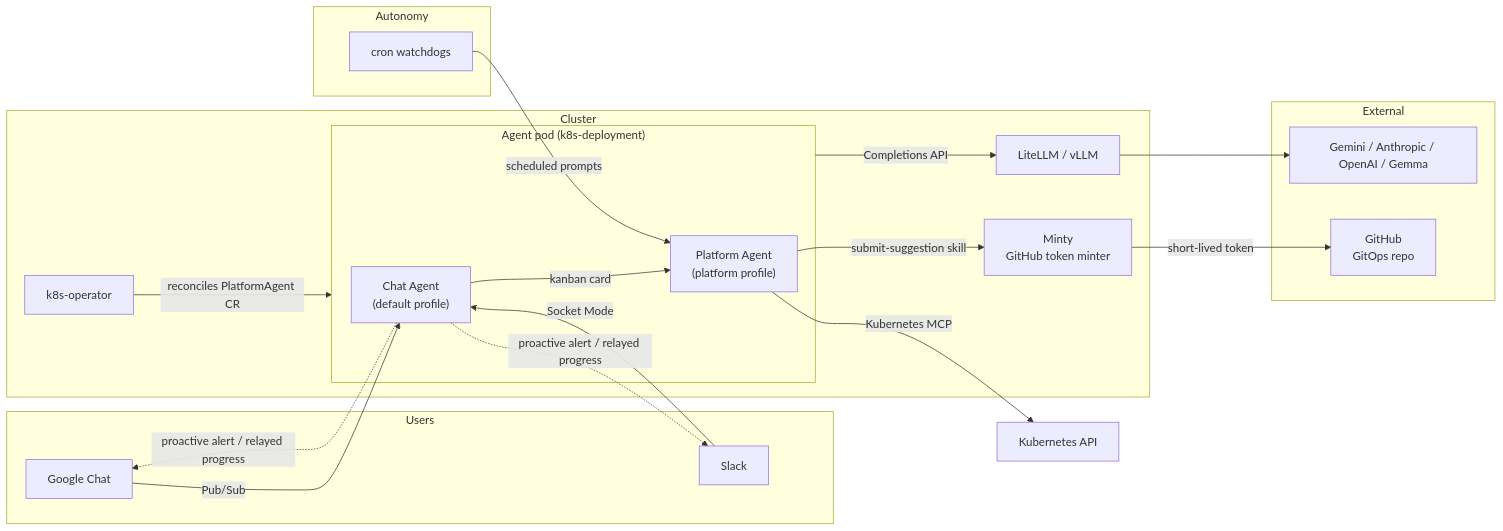
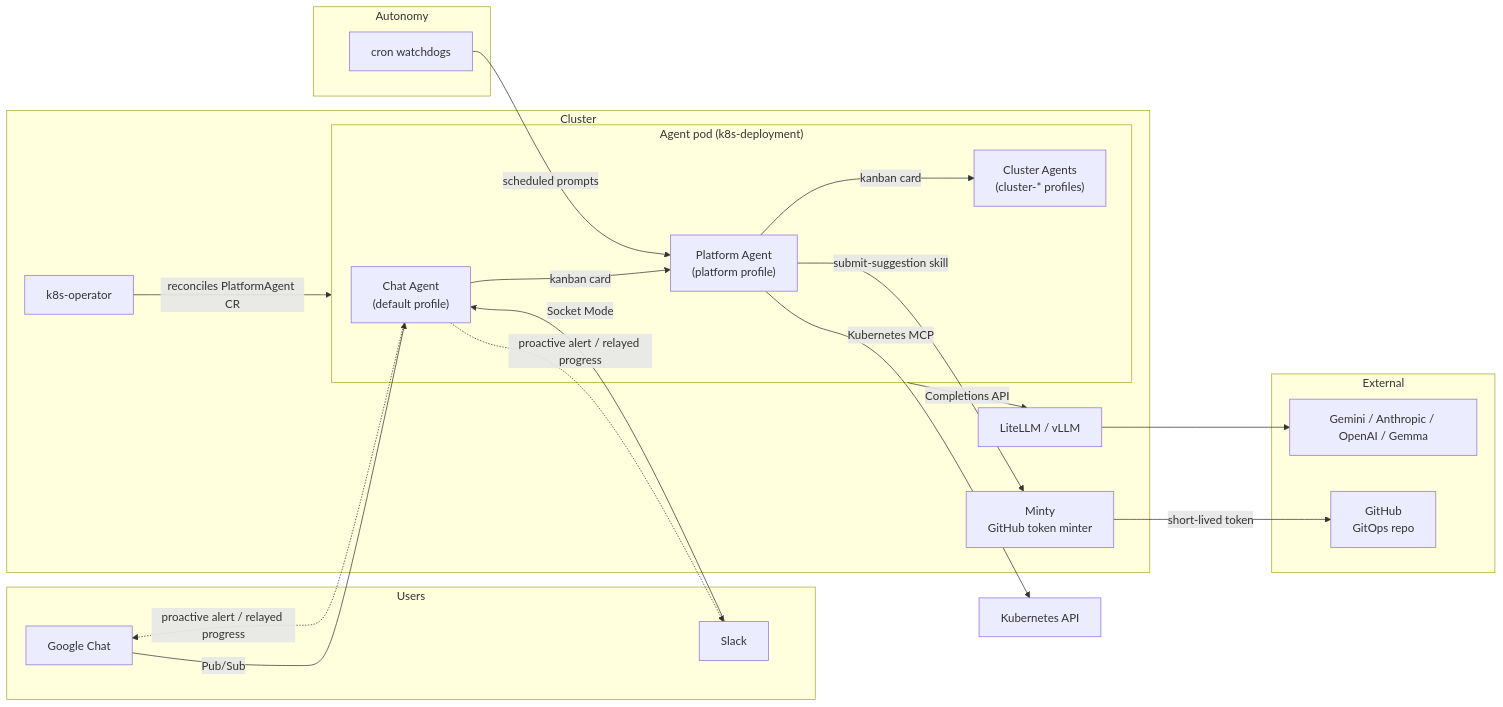
One commit to gke-agentic/kube-agents changed the diagram in docs/site/src/content/docs/index.mdx. Above: the diagram before and after it, drawn with Mermaid. The commit also changed other lines of this file and 20 other files, not shown here.

First line of the commit message:
docs(site): cover Cluster Agents, first-run onboarding, and the chat-profile cron jobs

````diff
--- a/docs/site/src/content/docs/index.mdx
+++ b/docs/site/src/content/docs/index.mdx
@@ -76,39 +76,41 @@
 ```mermaid
 flowchart LR
     subgraph Users
         GC[Google Chat]
         SL[Slack]
     end
 
     subgraph Autonomy
         CR[cron watchdogs]
     end
 
     subgraph Cluster
         OP[k8s-operator]
         subgraph Pod["Agent pod (k8s-deployment)"]
             CA["Chat Agent<br/>(default profile)"]
             PA["Platform Agent<br/>(platform profile)"]
+            CL["Cluster Agents<br/>(cluster-* profiles)"]
         end
         LM[LiteLLM / vLLM]
         MT[Minty<br/>GitHub token minter]
     end
 
     subgraph External
         LLM[Gemini / Anthropic / OpenAI / Gemma]
         GH[GitHub<br/>GitOps repo]
     end
 
     GC -->|Pub/Sub| CA
     SL -->|Socket Mode| CA
     CA -->|kanban card| PA
+    PA -->|kanban card| CL
     CR -->|scheduled prompts| PA
     OP -->|reconciles PlatformAgent CR| Pod
     Pod -->|Completions API| LM
     LM --> LLM
     PA -->|submit-suggestion skill| MT
     MT -->|short-lived token| GH
     PA -->|Kubernetes MCP| K8S[Kubernetes API]
     CA -.->|proactive alert / relayed progress| GC
     CA -.->|proactive alert / relayed progress| SL
 ```
````
